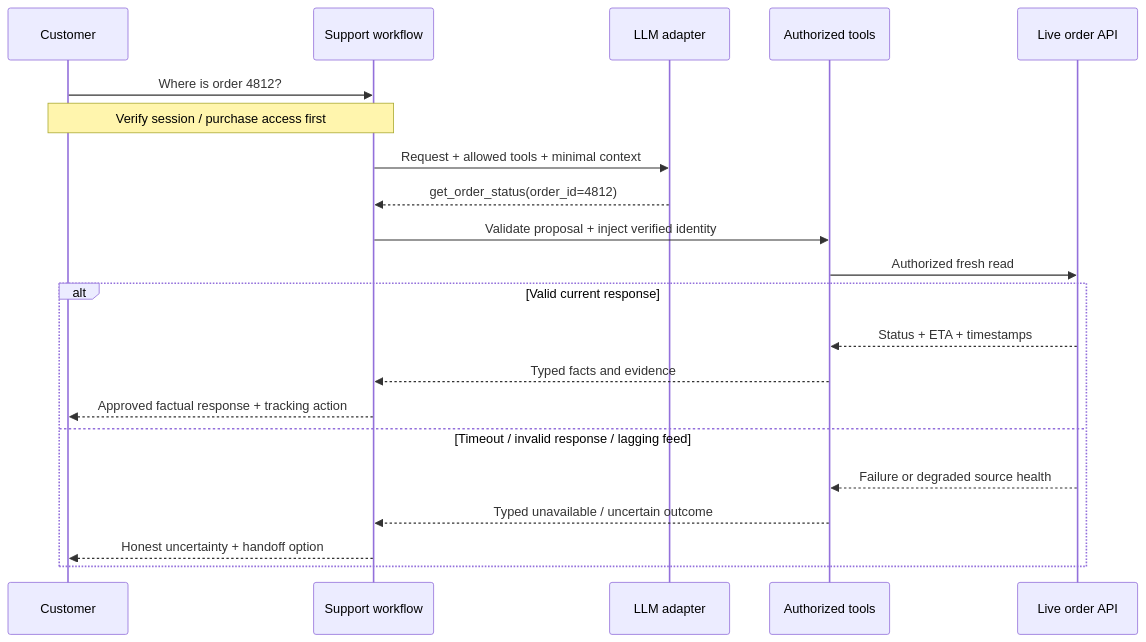
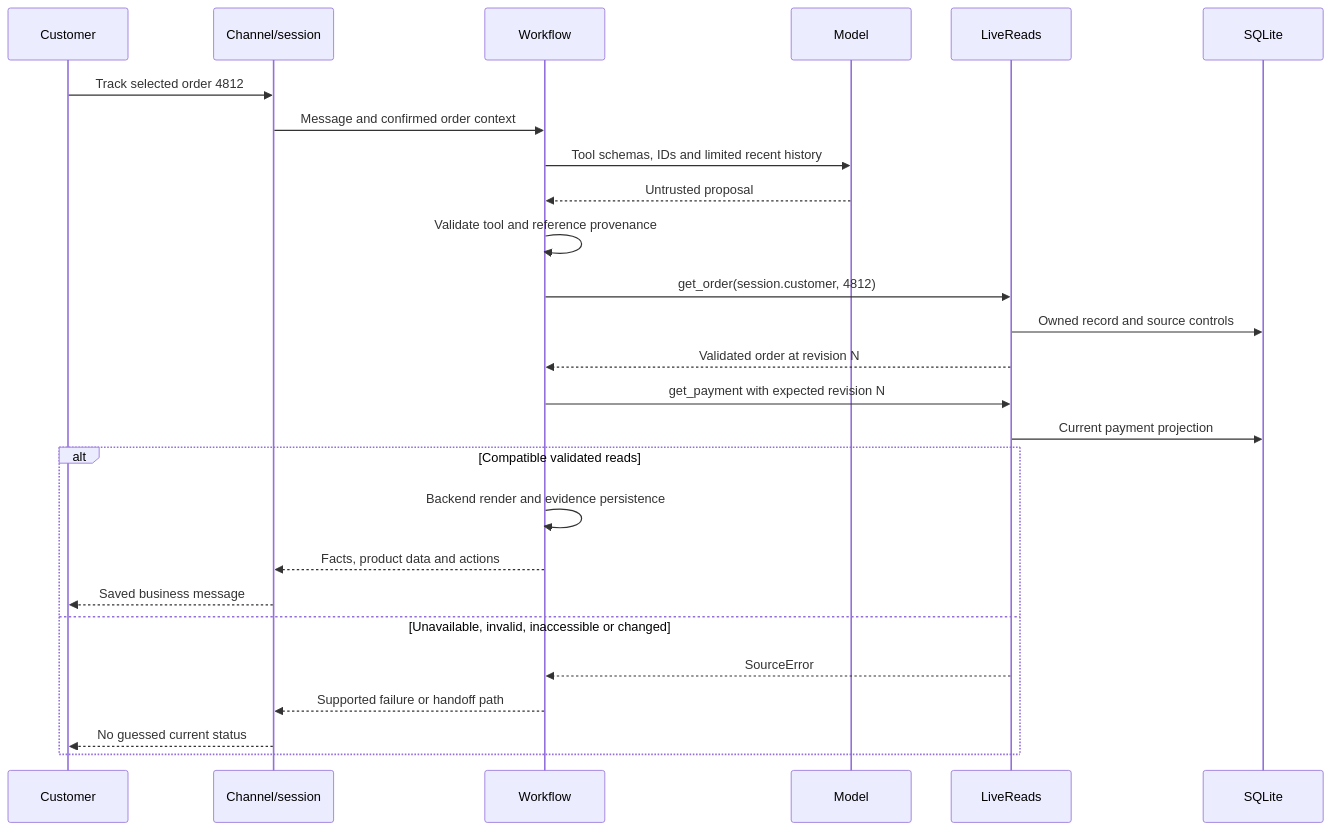
The second of 3 diagrams in docs/03-architecture.md (presish1/aim-retail-support), drawn with Mermaid before and after one commit. The commit also changed other lines of this file and 20 other files, not shown here.

Commit message:
Document MVP architecture, safety boundaries and presentation handoff

````diff
--- a/docs/03-architecture.md
+++ b/docs/03-architecture.md
@@ -85,23 +60,28 @@
 ```mermaid
 sequenceDiagram
     participant C as Customer
-    participant W as Support workflow
-    participant L as LLM adapter
-    participant T as Authorized tools
-    participant O as Live order API
-    C->>W: Where is order 4812?
-    Note over C,W: Verify session / purchase access first
-    W->>L: Request + allowed tools + minimal context
-    L-->>W: get_order_status(order_id=4812)
-    W->>T: Validate proposal + inject verified identity
-    T->>O: Authorized fresh read
-    alt Valid current response
-      O-->>T: Status + ETA + timestamps
-      T-->>W: Typed facts and evidence
-      W-->>C: Approved factual response + tracking action
-    else Timeout / invalid response / lagging feed
-      O-->>T: Failure or degraded source health
-      T-->>W: Typed unavailable / uncertain outcome
-      W-->>C: Honest uncertainty + handoff option
+    participant CH as Channel/session
+    participant W as Workflow
+    participant M as Model
+    participant R as LiveReads
+    participant DB as SQLite
+    C->>CH: Track selected order 4812
+    CH->>W: Message and confirmed order context
+    W->>M: Tool schemas, IDs and limited recent history
+    M-->>W: Untrusted proposal
+    W->>W: Validate tool and reference provenance
+    W->>R: get_order(session.customer, 4812)
+    R->>DB: Owned record and source controls
+    R-->>W: Validated order at revision N
+    W->>R: get_payment with expected revision N
+    R->>DB: Current payment projection
+    alt Compatible validated reads
+        W->>W: Backend render and evidence persistence
+        W-->>CH: Facts, product data and actions
+        CH-->>C: Saved business message
+    else Unavailable, invalid, inaccessible or changed
+        R-->>W: SourceError
+        W-->>CH: Supported failure or handoff path
+        CH-->>C: No guessed current status
     end
 ```
````
